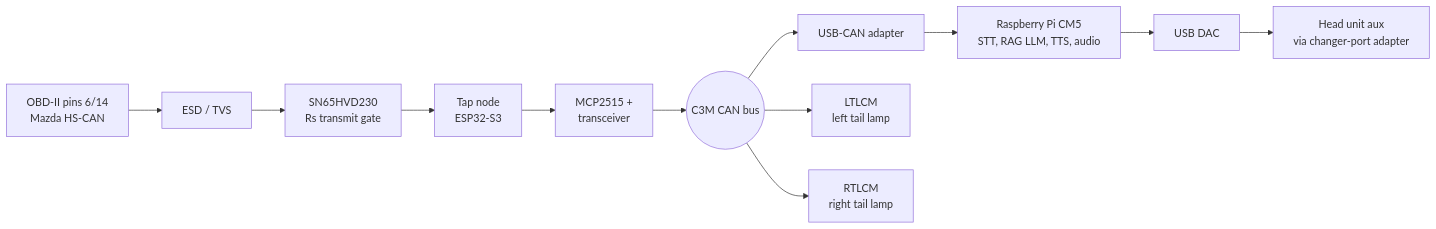
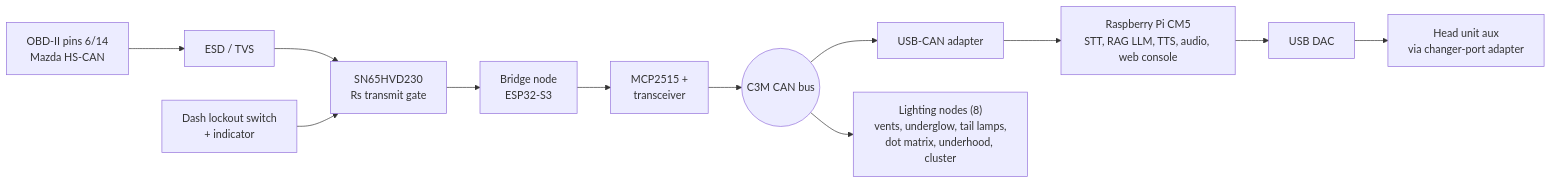
Before and after one commit to rotarybean/RoXaS: the diagram in README.md, drawn with Mermaid. The commit also changed other lines of this file and 3 other files, not shown here.

````diff
--- a/README.md
+++ b/README.md
@@ -27,14 +40,14 @@
 ```mermaid
 flowchart LR
     OBD["OBD-II pins 6/14<br/>Mazda HS-CAN"] --> ESD["ESD / TVS"]
     ESD --> XCVR["SN65HVD230<br/>Rs transmit gate"]
-    XCVR --> TAP["Tap node<br/>ESP32-S3"]
-    TAP --> MCP["MCP2515 +<br/>transceiver"]
+    XCVR --> BR["Bridge node<br/>ESP32-S3"]
+    SW["Dash lockout switch<br/>+ indicator"] --> XCVR
+    BR --> MCP["MCP2515 +<br/>transceiver"]
     MCP --> BUS(("C3M CAN bus"))
     BUS --> USB["USB-CAN adapter"]
-    USB --> CM5["Raspberry Pi CM5<br/>STT, RAG LLM, TTS, audio"]
-    BUS --> L["LTLCM<br/>left tail lamp"]
-    BUS --> R["RTLCM<br/>right tail lamp"]
+    USB --> CM5["Raspberry Pi CM5<br/>STT, RAG LLM, TTS, audio, web console"]
+    BUS --> LN["Lighting nodes (8)<br/>vents, underglow, tail lamps,<br/>dot matrix, underhood, cluster"]
     CM5 --> DAC["USB DAC"]
     DAC --> AUX["Head unit aux<br/>via changer-port adapter"]
 ```
````
